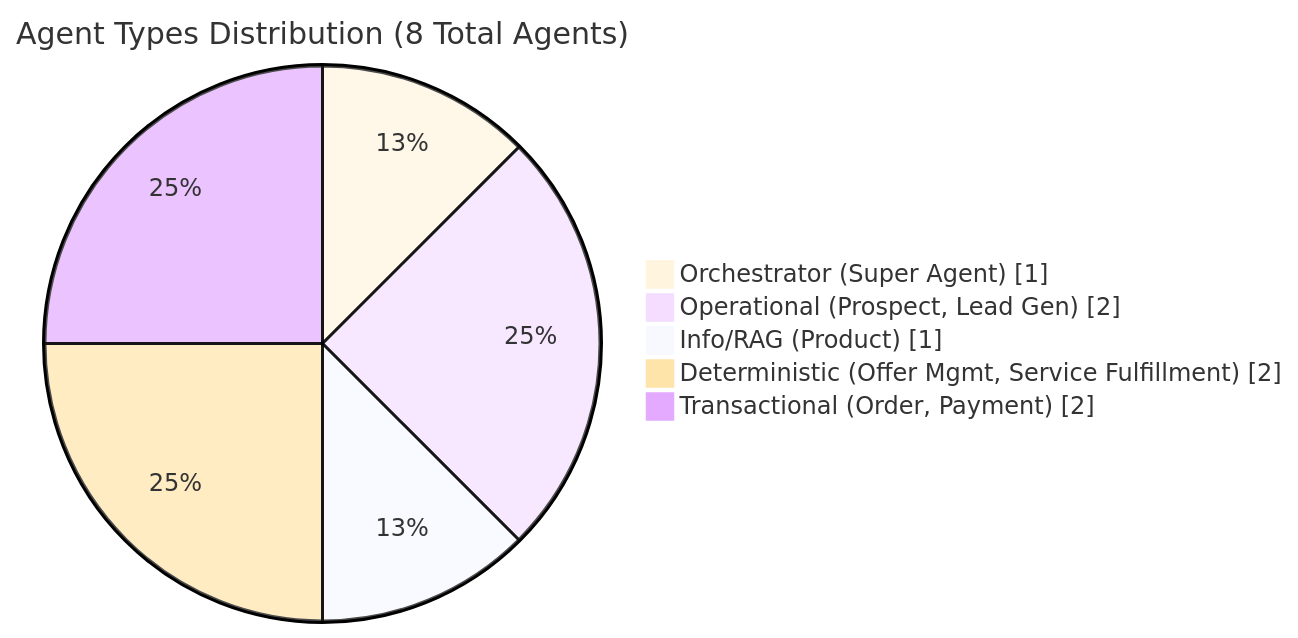
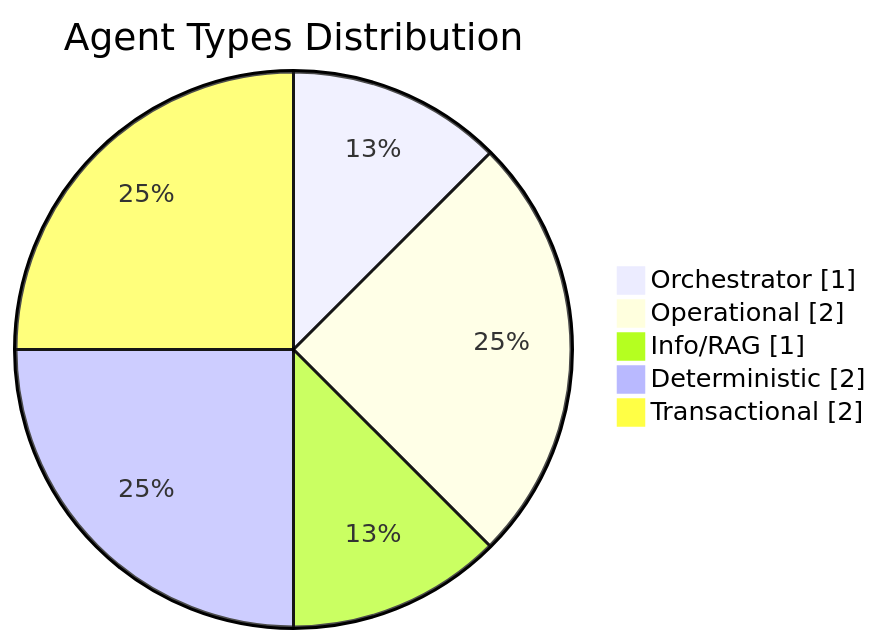
The fifth of 8 diagrams in README.md (sudhamanc/ConversationalSalesAgent), drawn with Mermaid before and after one commit. The commit also changed other lines of this file, not shown here.

First line of the commit message:
Revise architecture and flow diagrams in README

````diff
--- a/README.md
+++ b/README.md
@@ -355,10 +374,9 @@
 ```mermaid
-%%{init: {'theme': 'base', 'themeVariables': { 'fontSize': '18px', 'pieTitleTextSize': '20px', 'pieSectionTextSize': '16px', 'pieLegendTextSize': '16px'}}}%%
 pie showData
-    title Agent Types Distribution (8 Total Agents)
-    "Orchestrator (Super Agent)" : 1
-    "Operational (Prospect, Lead Gen)" : 2
-    "Info/RAG (Product)" : 1
-    "Deterministic (Offer Mgmt, Service Fulfillment)" : 2
-    "Transactional (Order, Payment)" : 2
+    title Agent Types Distribution
+    "Orchestrator" : 1
+    "Operational" : 2
+    "Info/RAG" : 1
+    "Deterministic" : 2
+    "Transactional" : 2
 ```
````
